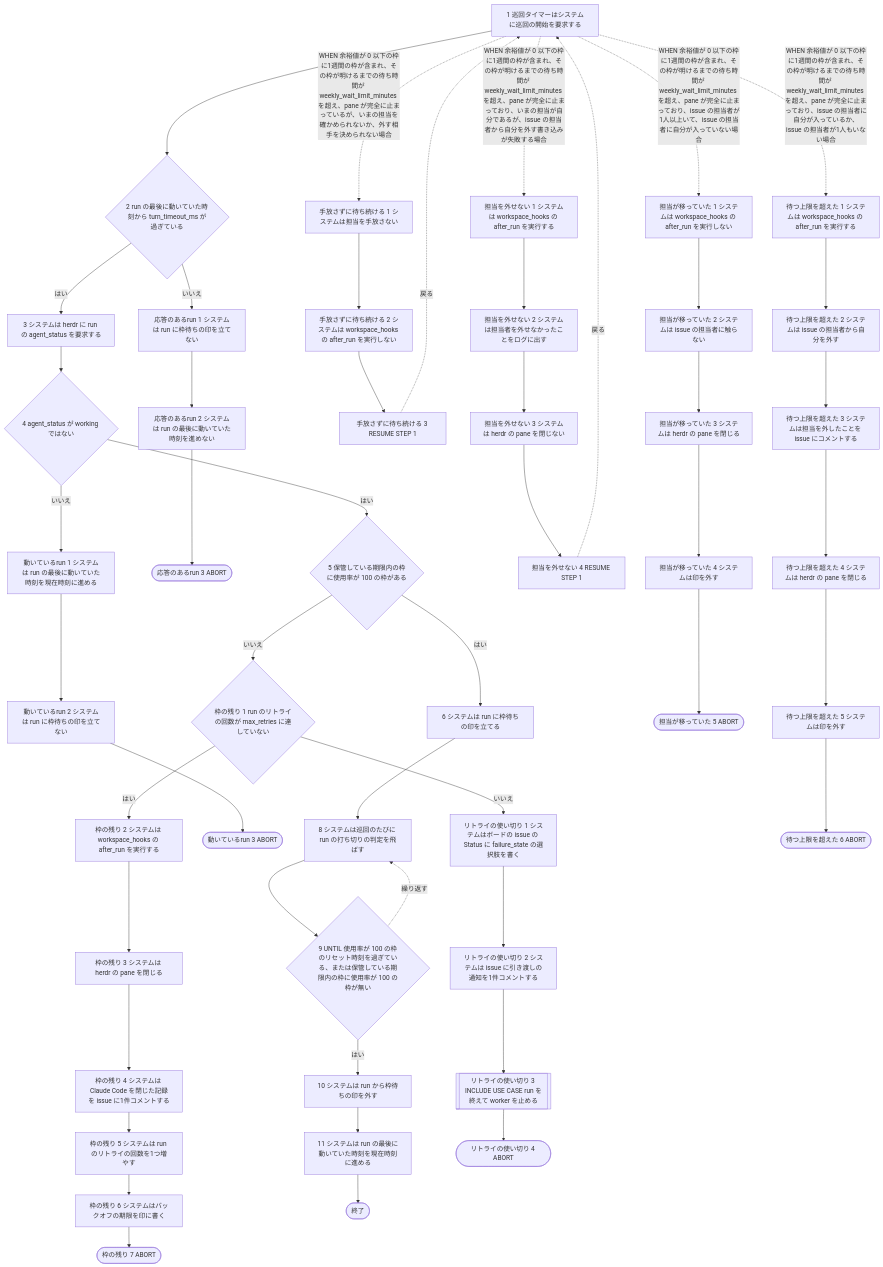
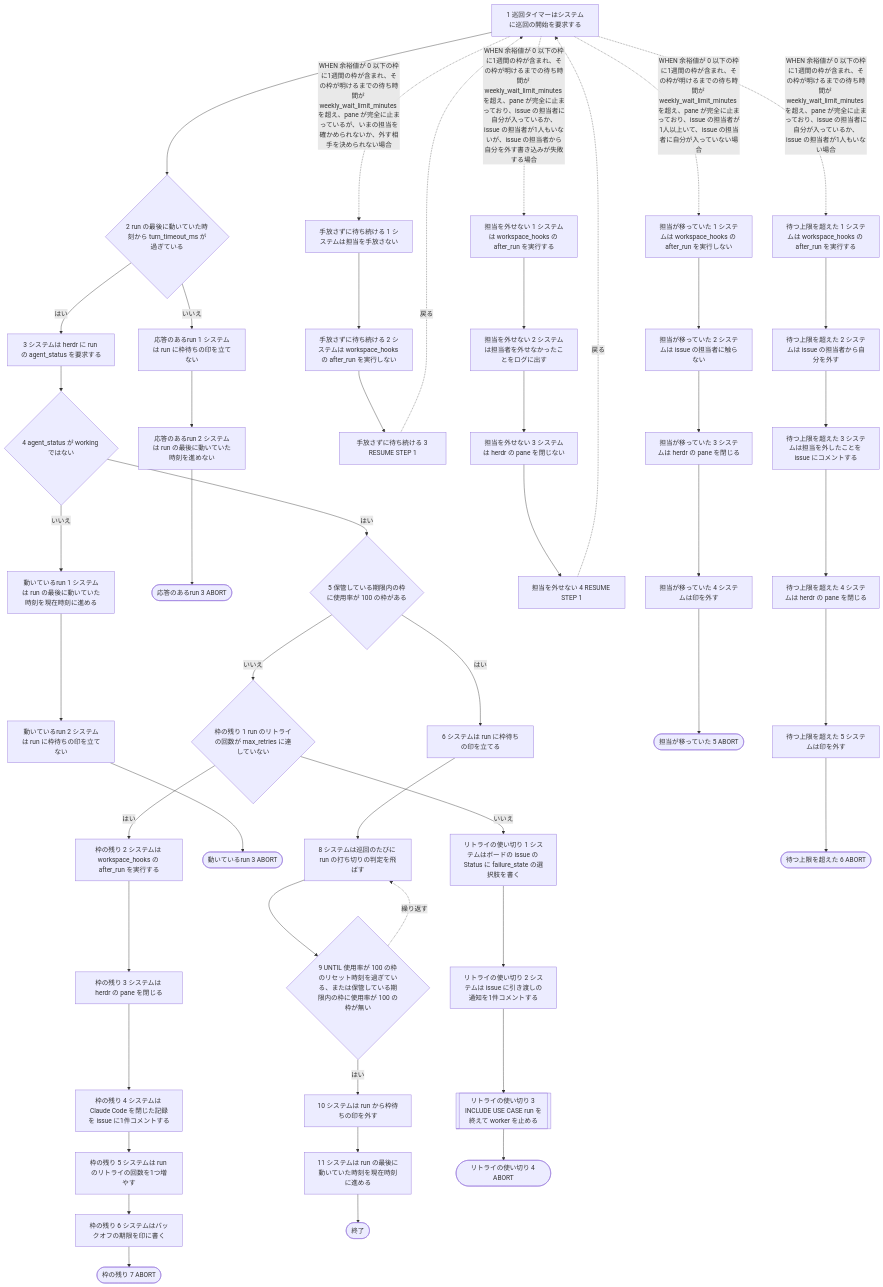
Before and after one commit to maimuzo/continuo: the first of 2 diagrams in docs/spec/usecases/particular_case/枠待ちの run の打ち切りを止める.rucm.md, drawn with Mermaid. The commit also changed other lines of this file and 93 other files, not shown here.

```diff
--- a/docs/spec/usecases/particular_case/枠待ちの run の打ち切りを止める.rucm.md
+++ b/docs/spec/usecases/particular_case/枠待ちの run の打ち切りを止める.rucm.md
@@ -268,7 +269,7 @@
     A8S6(["待つ上限を超えた 6 ABORT"])
     BS1 --> BS2
     BS1 -. "WHEN 余裕値が 0 以下の枠に1週間の枠が含まれ、その枠が明けるまでの待ち時間が weekly_wait_limit_minutes を超え、pane が完全に止まっているが、いまの担当を確かめられないか、外す相手を決められない場合" .-> A5S1
-    BS1 -. "WHEN 余裕値が 0 以下の枠に1週間の枠が含まれ、その枠が明けるまでの待ち時間が weekly_wait_limit_minutes を超え、pane が完全に止まっており、いまの担当が自分であるが、issue の担当者から自分を外す書き込みが失敗する場合" .-> A6S1
+    BS1 -. "WHEN 余裕値が 0 以下の枠に1週間の枠が含まれ、その枠が明けるまでの待ち時間が weekly_wait_limit_minutes を超え、pane が完全に止まっており、issue の担当者に自分が入っているか、issue の担当者が1人もいないが、issue の担当者から自分を外す書き込みが失敗する場合" .-> A6S1
     BS1 -. "WHEN 余裕値が 0 以下の枠に1週間の枠が含まれ、その枠が明けるまでの待ち時間が weekly_wait_limit_minutes を超え、pane が完全に止まっており、issue の担当者が1人以上いて、issue の担当者に自分が入っていない場合" .-> A7S1
     BS1 -. "WHEN 余裕値が 0 以下の枠に1週間の枠が含まれ、その枠が明けるまでの待ち時間が weekly_wait_limit_minutes を超え、pane が完全に止まっており、issue の担当者に自分が入っているか、issue の担当者が1人もいない場合" .-> A8S1
     BS2 -- はい --> BS3
```
